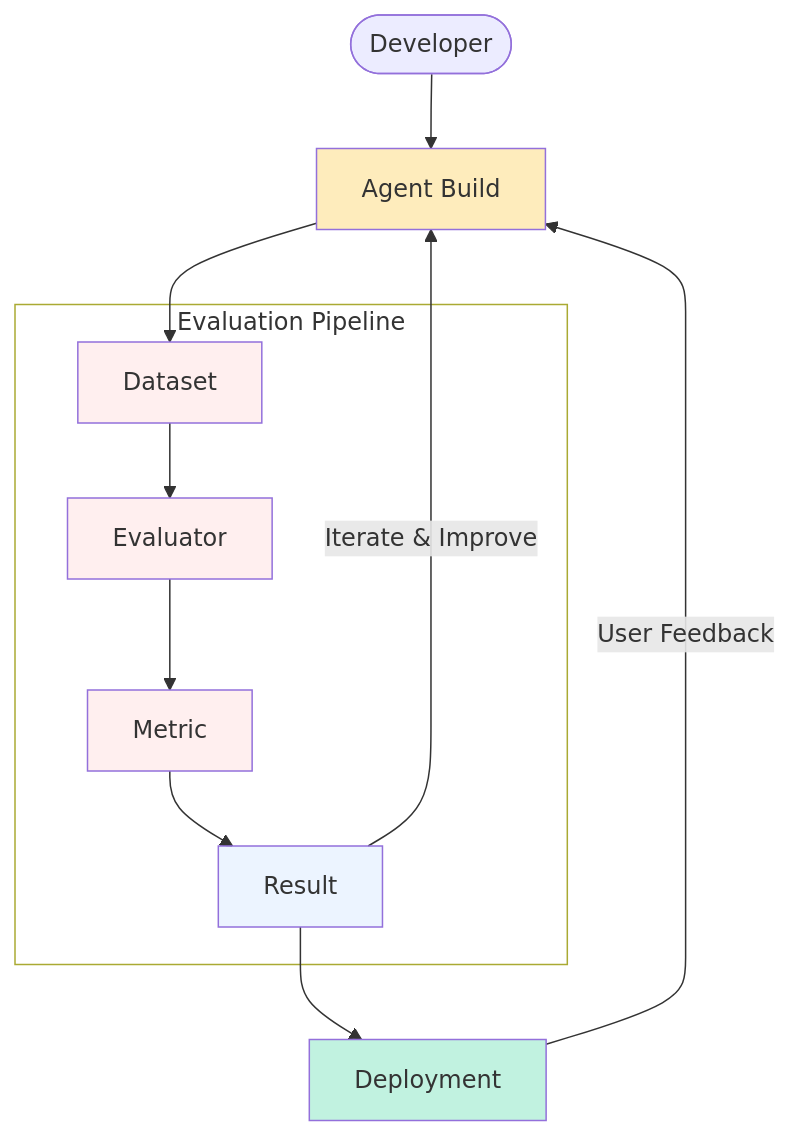
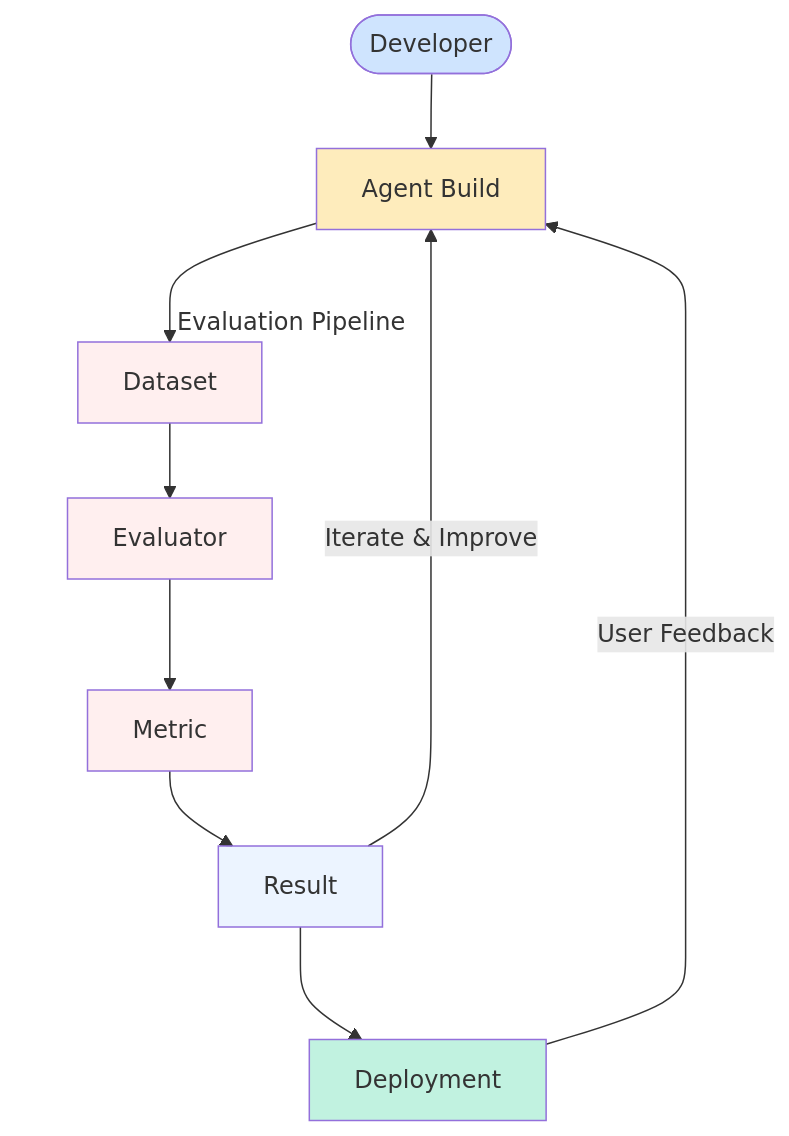
One commit to RailtownAI/railtracks changed the diagram in docs/evaluations/preface.md. Above: the diagram before and after it, drawn with Mermaid. The commit also changed other lines of this file and 1 other file, not shown here.

Commit message:
Update evaluation documentation for clarity and detail

````diff
--- a/docs/evaluations/preface.md
+++ b/docs/evaluations/preface.md
@@ -13,36 +15,36 @@
 ```mermaid
 graph TD
     Developer([Developer]) --> BuildAgent[Agent Build]
     
     BuildAgent --> Dataset[Dataset]
     
     subgraph Evaluation ["Evaluation Pipeline"]
         Dataset --> Evaluator[Evaluator]
         Evaluator --> Metric[Metric]
         Metric --> Result[Result]
     end
     
     Result -->|Iterate & Improve| BuildAgent
 
     Result --> Deploy[Deployment]
     Deploy --> |User Feedback| BuildAgent
     
     %% === COLOR THEMING ===
     %% Define color classes based on consistent theme
     classDef userClass fill:#60A5FA,fill-opacity:0.3
     classDef buildClass fill:#FBBF24,fill-opacity:0.3
     classDef evalClass fill:#34D399,fill-opacity:0.3
     classDef resultClass fill:#BFDBFE,fill-opacity:0.3
     classDef pipelineClass fill:#FECACA,fill-opacity:0.3
     classDef deployClass fill:#34D399 ,fill-opacity:0.3
     
     %% Apply color classes
-    class User userClass;
+    class Developer userClass;
     class BuildAgent buildClass;
     class Dataset,Evaluator,Metric pipelineClass;
     class Result resultClass;
     class Deploy deployClass;
 
     %% Subgraph style
-    style Evaluation fill:transparent,stroke:#FFFFF,stroke-width:1px
+    style Evaluation fill:transparent,stroke:#FFFFFF,stroke-width:1px
 ```
````
